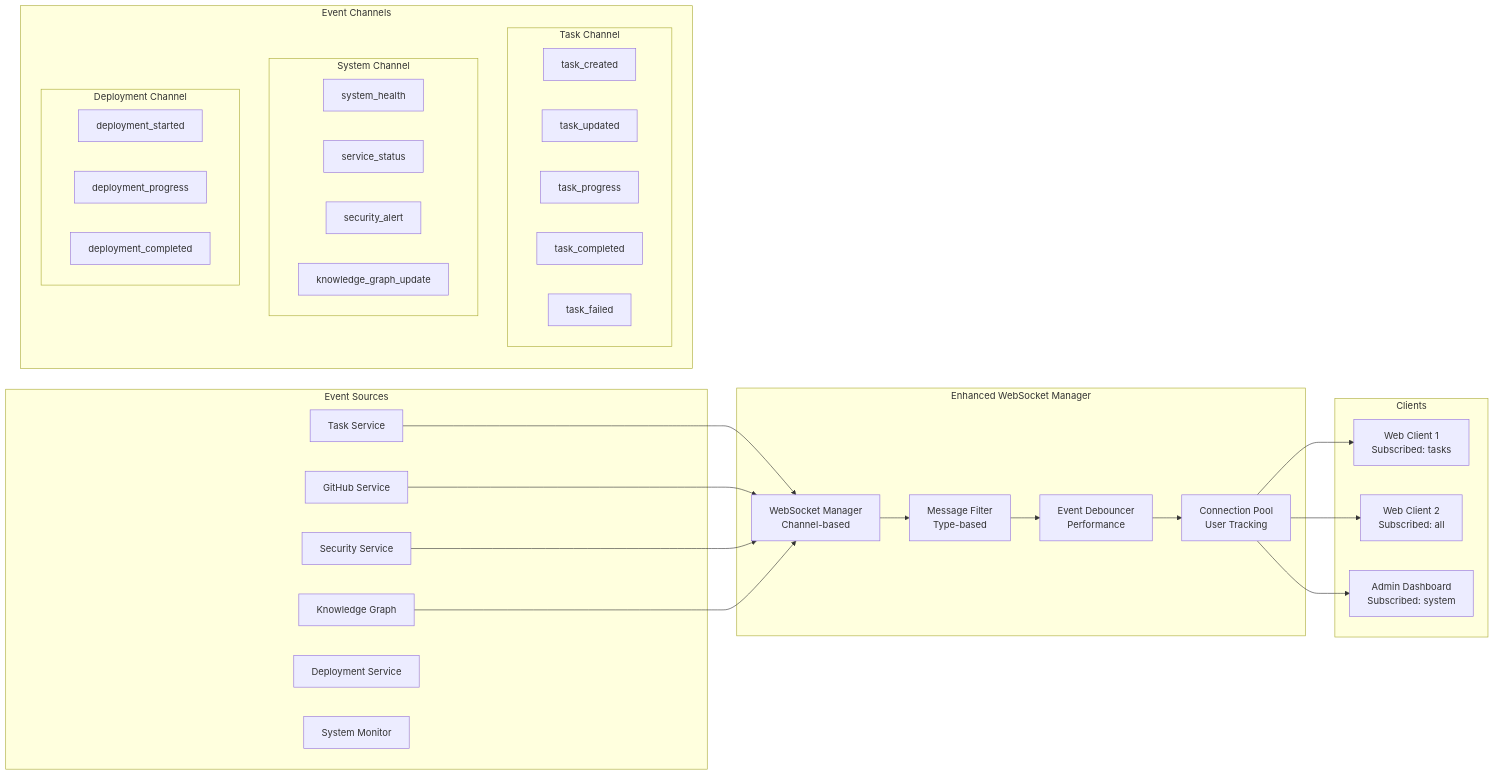
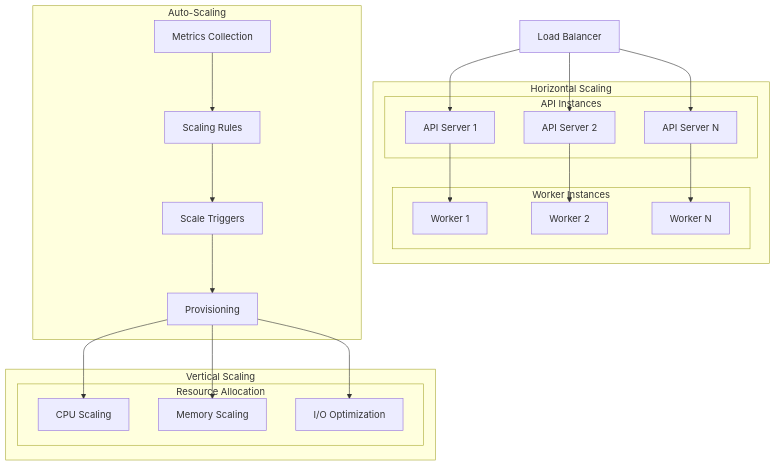
One commit to CrewWorkAI/docs changed the ninth of 13 diagrams in architecture-diagrams.md. Above: the diagram before and after it, drawn with Mermaid. The commit also changed other lines of this file and 11 other files, not shown here.

First line of the commit message:
Adds initial architecture documentation

````diff
--- a/architecture-diagrams.md
+++ b/architecture-diagrams.md
@@ -457,60 +398,49 @@
 ```mermaid
-flowchart LR
-    subgraph "Event Sources"
-        TASK_SVC[Task Service]
-        GITHUB_SVC[GitHub Service]
-        SEC_SVC[Security Service]
-        KG_SVC[Knowledge Graph]
-        DEPLOY_SVC[Deployment Service]
-        SYSTEM[System Monitor]
-    end
-    
-    subgraph "Enhanced WebSocket Manager"
-        WS_MGR[WebSocket Manager<br/>Channel-based]
-        CONN_POOL[Connection Pool<br/>User Tracking]
-        MSG_FILTER[Message Filter<br/>Type-based]
-        DEBOUNCE[Event Debouncer<br/>Performance]
-    end
-    
-    subgraph "Event Channels"
-        subgraph "Task Channel"
-            TC[task_created]
-            TU[task_updated]
-            TP[task_progress]
-            TCO[task_completed]
-            TF[task_failed]
+graph TB
+    subgraph "Horizontal Scaling"
+        subgraph "API Instances"
+            API1[API Server 1]
+            API2[API Server 2]
+            APIN[API Server N]
         end
         
-        subgraph "System Channel"
-            SH[system_health]
-            SS[service_status]
-            SA[security_alert]
-            KGU[knowledge_graph_update]
-        end
-        
-        subgraph "Deployment Channel"
-            DS[deployment_started]
-            DP[deployment_progress]
-            DC[deployment_completed]
+        subgraph "Worker Instances"
+            W1[Worker 1]
+            W2[Worker 2]
+            WN[Worker N]
         end
     end
     
-    subgraph "Clients"
-        WEB1[Web Client 1<br/>Subscribed: tasks]
-        WEB2[Web Client 2<br/>Subscribed: all]
-        ADMIN[Admin Dashboard<br/>Subscribed: system]
+    subgraph "Vertical Scaling"
+        subgraph "Resource Allocation"
+            CPU[CPU Scaling]
+            MEM[Memory Scaling]
+            IO[I/O Optimization]
+        end
     end
     
-    TASK_SVC --> WS_MGR
-    GITHUB_SVC --> WS_MGR
-    SEC_SVC --> WS_MGR
-    KG_SVC --> WS_MGR
+    subgraph "Auto-Scaling"
+        METRICS[Metrics Collection]
+        RULES[Scaling Rules]
+        TRIGGER[Scale Triggers]
+        PROVISION[Provisioning]
+    end
     
-    WS_MGR --> MSG_FILTER
-    MSG_FILTER --> DEBOUNCE
-    DEBOUNCE --> CONN_POOL
+    LB[Load Balancer]
     
-    CONN_POOL --> WEB1
-    CONN_POOL --> WEB2
-    CONN_POOL --> ADMIN
+    LB --> API1
+    LB --> API2
+    LB --> APIN
+    
+    API1 --> W1
+    API2 --> W2
+    APIN --> WN
+    
+    METRICS --> RULES
+    RULES --> TRIGGER
+    TRIGGER --> PROVISION
+    
+    PROVISION --> CPU
+    PROVISION --> MEM
+    PROVISION --> IO
 ```
````
